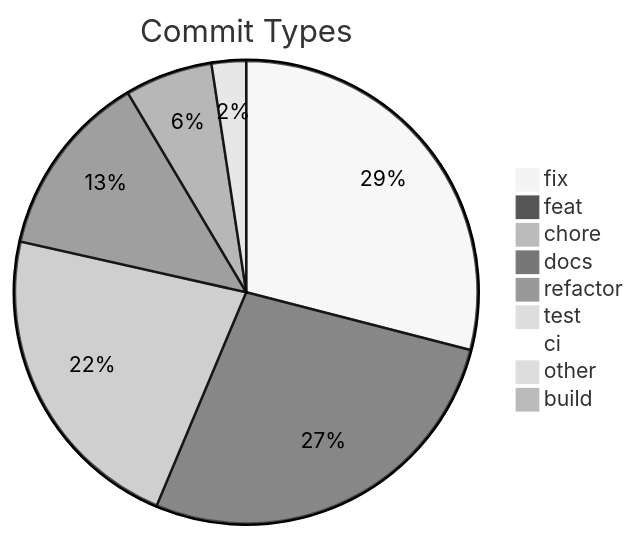
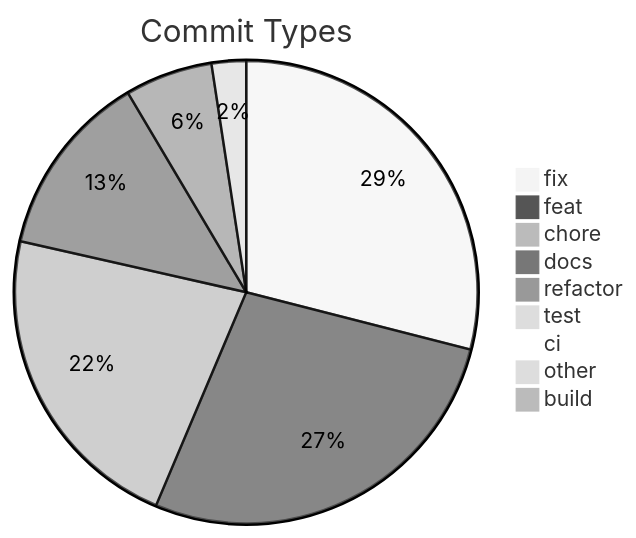
One commit to svenroth-ai/shipwright changed the diagram in .shipwright/compliance/change-history.md. Above: the diagram before and after it, drawn with Mermaid (neutral theme). The commit also changed other lines of this file and 17 other files, not shown here.

````diff
--- a/.shipwright/compliance/change-history.md
+++ b/.shipwright/compliance/change-history.md
@@ -8,12 +8,12 @@
 ```mermaid
 pie title Commit Types
     "fix" : 289
-    "feat" : 272
+    "feat" : 273
     "chore" : 221
     "docs" : 129
     "refactor" : 61
     "test" : 24
     "ci" : 7
     "other" : 7
     "build" : 1
 ```
````
